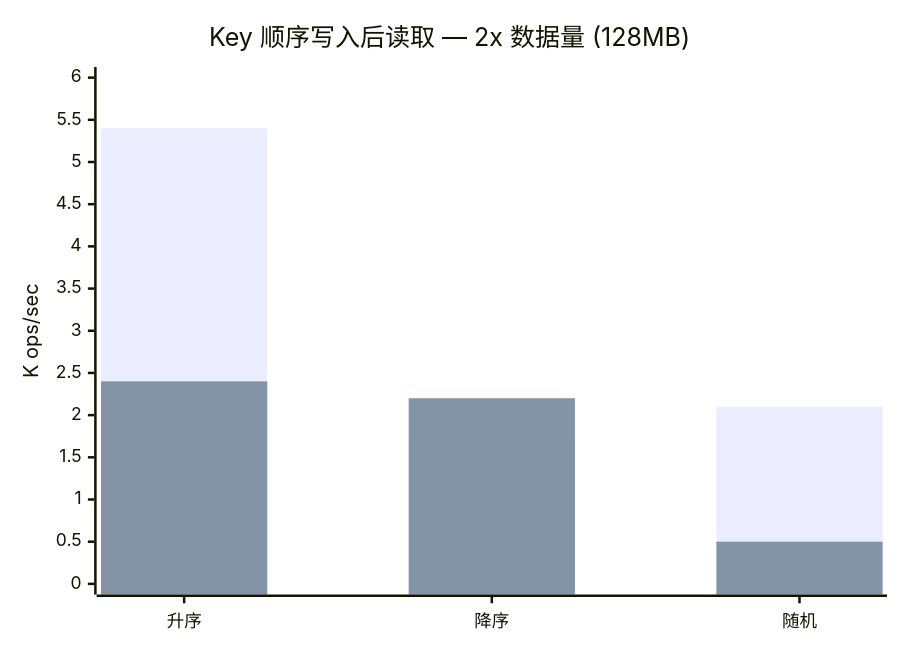
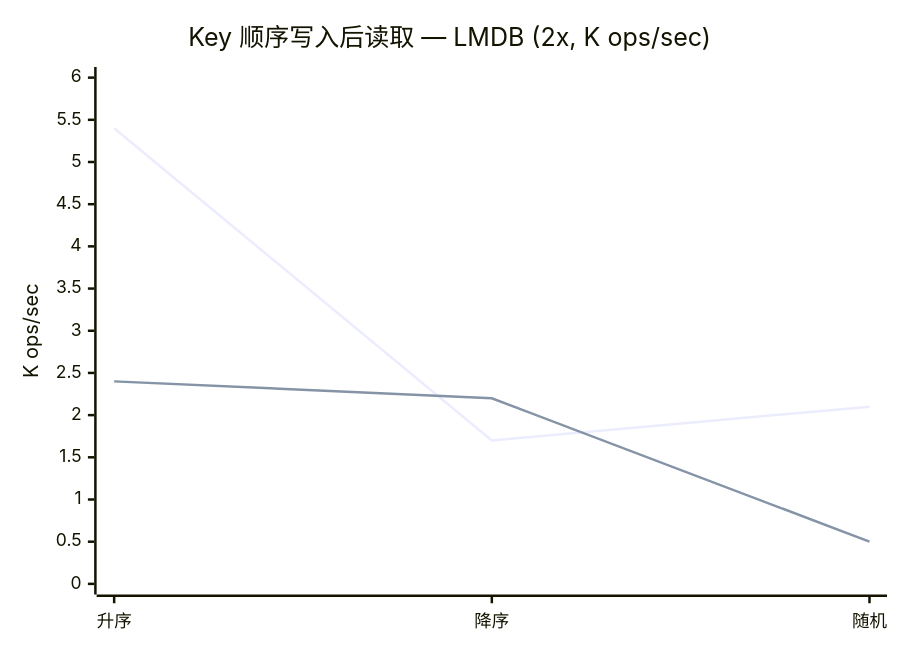
One commit to bangbang93/playground.js changed diagram 14 of 16 in packages/db-bench/README.md. Above: the diagram before and after it, drawn with Mermaid. The commit also changed other lines of this file, not shown here.

First line of the commit message:
docs(db-bench): replace stacked bars with ratio lines in Mermaid charts

````diff
--- a/packages/db-bench/README.md
+++ b/packages/db-bench/README.md
@@ -366,8 +375,8 @@
 ```mermaid
 xychart-beta
-    title "Key 顺序写入后读取 — 2x 数据量 (128MB)"
+    title "Key 顺序写入后读取 — LMDB (2x, K ops/sec)"
     x-axis ["升序", "降序", "随机"]
     y-axis "K ops/sec" 0 --> 6
-    bar [5.4, 1.7, 2.1]
-    bar [2.4, 2.2, 0.5]
+    line [5.4, 1.7, 2.1]
+    line [2.4, 2.2, 0.5]
 ```
````
